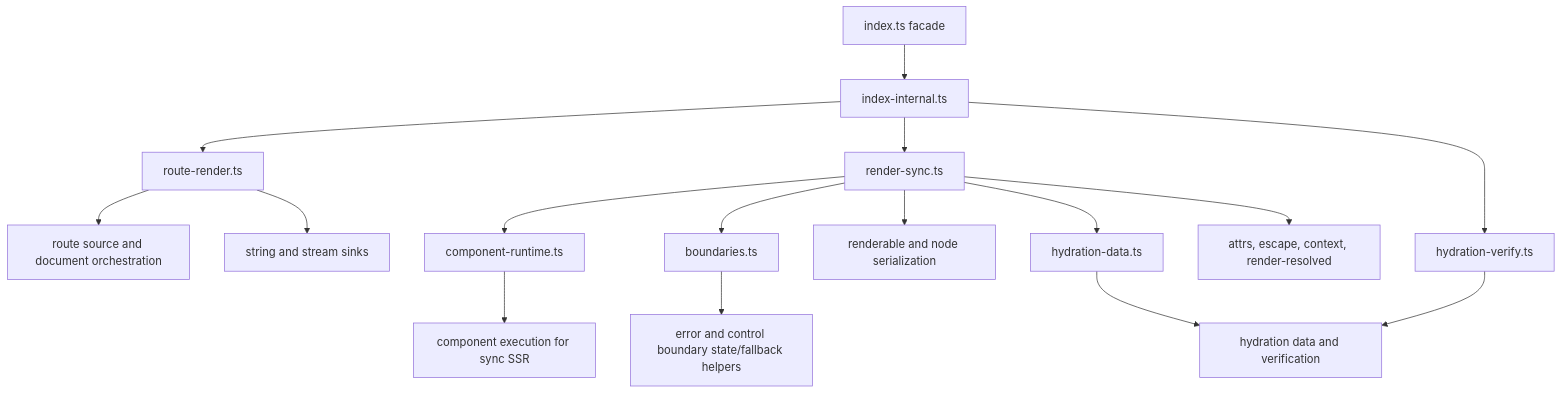
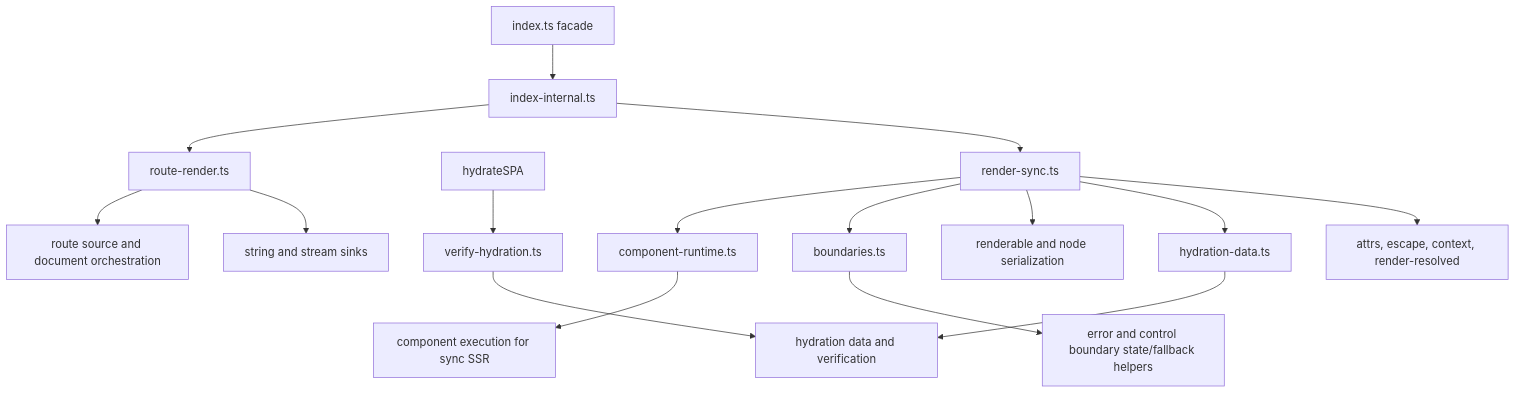
Before and after one commit to askrjs/askr: the third of 7 diagrams in docs/internals/ssr-ssg-pipeline.md, drawn with Mermaid. The commit also changed other lines of this file and 22 other files, not shown here.

````diff
--- a/docs/internals/ssr-ssg-pipeline.md
+++ b/docs/internals/ssr-ssg-pipeline.md
@@ -79,34 +79,35 @@
 ```mermaid
 flowchart TB
   facade[index.ts facade]
   routeRender[route-render.ts]
   internal[index-internal.ts]
+  boot[hydrateSPA]
   renderSync[render-sync.ts]
   hydrationData[hydration-data.ts]
-  hydrationVerify[hydration-verify.ts]
+  hydrationVerify[verify-hydration.ts]
   boundaries[boundaries.ts]
   componentRuntime[component-runtime.ts]
   serialize[renderable and node serialization]
   controls[error and control boundary state/fallback helpers]
   components[component execution for sync SSR]
   hydration[hydration data and verification]
   routes[route source and document orchestration]
   sinks[string and stream sinks]
   helpers[attrs, escape, context, render-resolved]
 
   facade --> internal
   internal --> routeRender
   internal --> renderSync
-  internal --> hydrationVerify
+  boot --> hydrationVerify
   renderSync --> componentRuntime
   renderSync --> boundaries
   renderSync --> serialize
   renderSync --> hydrationData
   boundaries --> controls
   componentRuntime --> components
   hydrationData --> hydration
   hydrationVerify --> hydration
   routeRender --> routes
   routeRender --> sinks
   renderSync --> helpers
 ```
````
